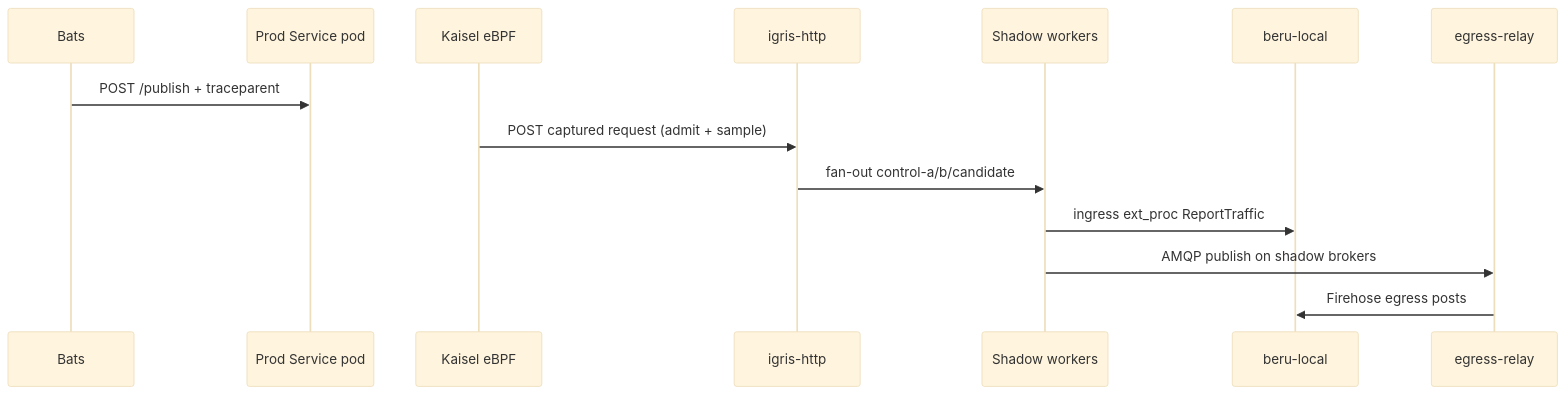
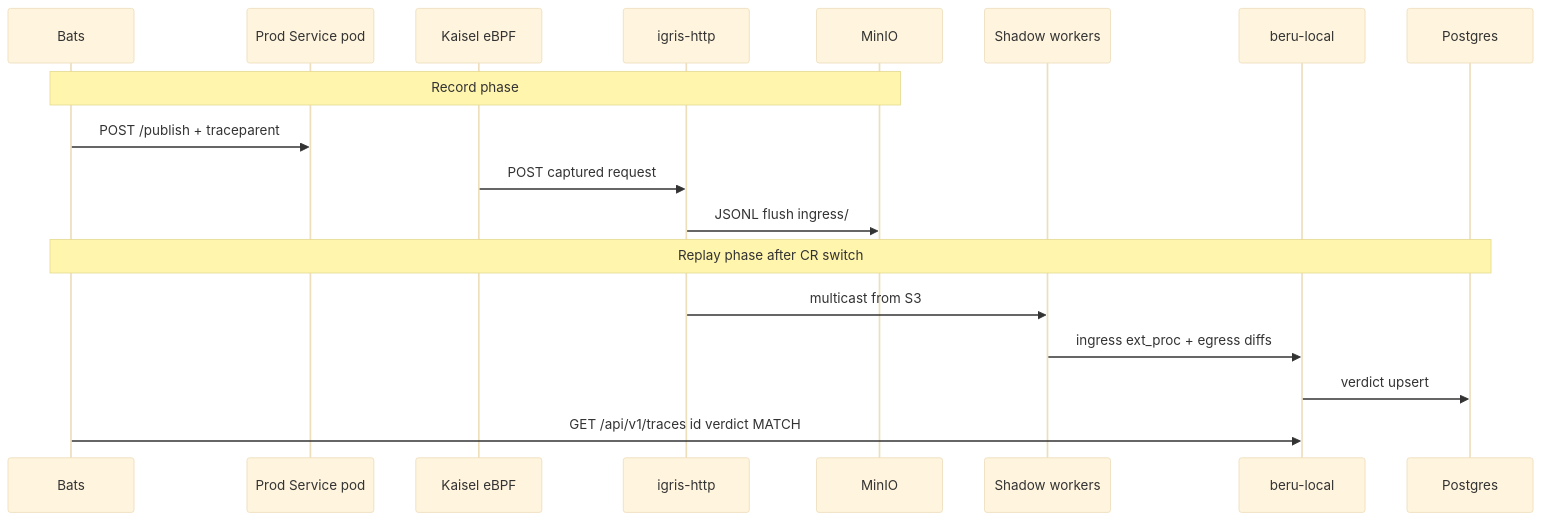
One commit to nederrgo/shadow-diff changed the second of 2 diagrams in docs/verification/http-ingress-e2e-flow.md. Above: the diagram before and after it, drawn with Mermaid (base theme). The commit also changed other lines of this file and 76 other files, not shown here.

````diff
--- a/docs/verification/http-ingress-e2e-flow.md
+++ b/docs/verification/http-ingress-e2e-flow.md
@@ -67,17 +68,22 @@
 ```mermaid
 sequenceDiagram
   participant Test as Bats
   participant Prod as Prod Service pod
   participant Kaisel as Kaisel eBPF
   participant Igris as igris-http
+  participant S3 as MinIO
   participant Shadow as Shadow workers
   participant Beru as beru-local
-  participant Relay as egress-relay
+  participant PG as Postgres
 
+  Note over Test,S3: Record phase
   Test->>Prod: POST /publish + traceparent
-  Kaisel->>Igris: POST captured request (admit + sample)
-  Igris->>Shadow: fan-out control-a/b/candidate
-  Shadow->>Beru: ingress ext_proc ReportTraffic
-  Shadow->>Relay: AMQP publish on shadow brokers
-  Relay->>Beru: Firehose egress posts
+  Kaisel->>Igris: POST captured request
+  Igris->>S3: JSONL flush ingress/
+
+  Note over Test,PG: Replay phase after CR switch
+  Igris->>Shadow: multicast from S3
+  Shadow->>Beru: ingress ext_proc + egress diffs
+  Beru->>PG: verdict upsert
+  Test->>Beru: GET /api/v1/traces id verdict MATCH
 ```
````
